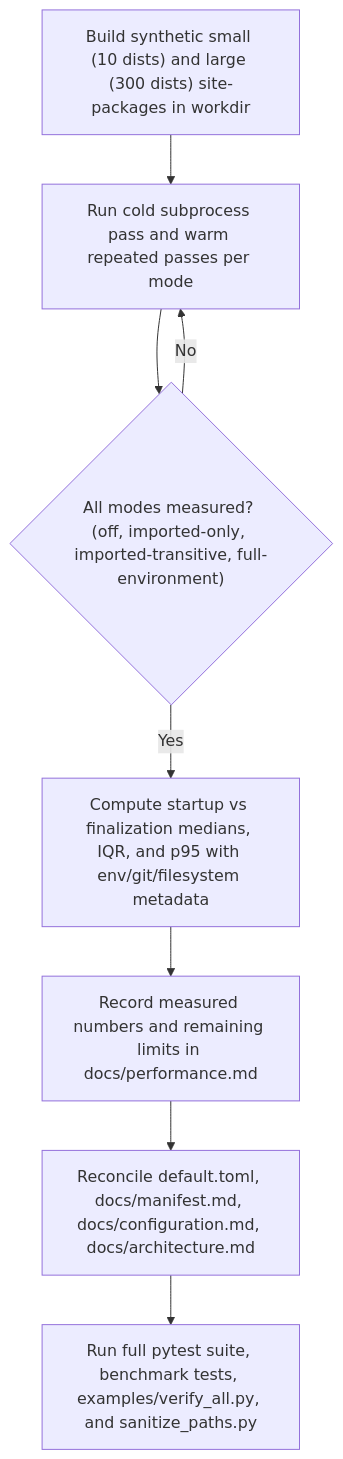
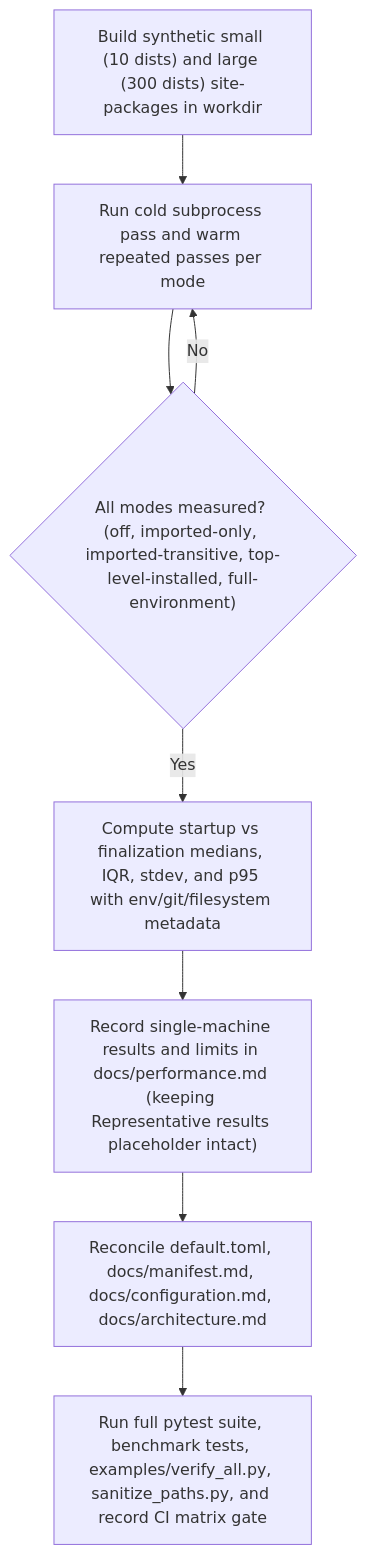
The first of 2 diagrams in .aw/records/plans/pending/20261121-dep-capture-04-iflqsl-package-capture-benchmarking-documentation-sync-and-whole-se.ipd.md (fariello/pubrun), drawn with Mermaid before and after one commit. The commit also changed other lines of this file and 1 other file, not shown here.

````diff
--- a/.aw/records/plans/pending/20261121-dep-capture-04-iflqsl-package-capture-benchmarking-documentation-sync-and-whole-se.ipd.md
+++ b/.aw/records/plans/pending/20261121-dep-capture-04-iflqsl-package-capture-benchmarking-documentation-sync-and-whole-se.ipd.md
@@ -36,10 +39,10 @@
 ```mermaid
 flowchart TD
     A["Build synthetic small (10 dists) and large (300 dists) site-packages in workdir"] --> B["Run cold subprocess pass and warm repeated passes per mode"]
-    B --> C{"All modes measured? (off, imported-only, imported-transitive, full-environment)"}
+    B --> C{"All modes measured? (off, imported-only, imported-transitive, top-level-installed, full-environment)"}
     C -->|No| B
-    C -->|Yes| D["Compute startup vs finalization medians, IQR, and p95 with env/git/filesystem metadata"]
-    D --> E["Record measured numbers and remaining limits in docs/performance.md"]
+    C -->|Yes| D["Compute startup vs finalization medians, IQR, stdev, and p95 with env/git/filesystem metadata"]
+    D --> E["Record single-machine results and limits in docs/performance.md (keeping Representative results placeholder intact)"]
     E --> F["Reconcile default.toml, docs/manifest.md, docs/configuration.md, docs/architecture.md"]
-    F --> G["Run full pytest suite, benchmark tests, examples/verify_all.py, and sanitize_paths.py"]
+    F --> G["Run full pytest suite, benchmark tests, examples/verify_all.py, sanitize_paths.py, and record CI matrix gate"]
 ```
````
